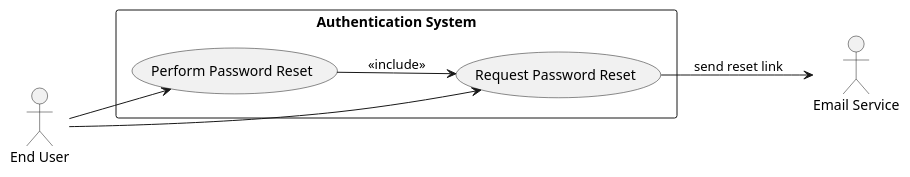
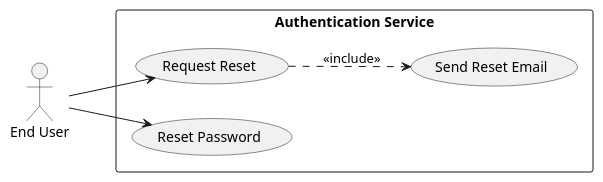
One commit to Bimmi-kumari-singh/Agent-testing changed the third of 7 diagrams in .propel/context/docs/spec.md. Above: the diagram before and after it, drawn with PlantUML. The commit also changed other lines of this file, not shown here.

````diff
--- a/.propel/context/docs/spec.md
+++ b/.propel/context/docs/spec.md
@@ -331,19 +322,17 @@
 ```plantuml
 @startuml
 left to right direction
 skinparam packageStyle rectangle
 
 actor "End User" as User
-actor "Email Service" as Email
-
-rectangle "Authentication System" {
-  usecase (Request Password Reset) as UC3
-  usecase (Perform Password Reset) as UC3b
+rectangle "Authentication Service" {
+  usecase (Request Reset) as RR
+  usecase (Send Reset Email) as SR
+  usecase (Reset Password) as RP
 }
 
-User --> UC3
-UC3 --> Email : send reset link
-User --> UC3b
-UC3b --> UC3 : <<include>>
+User --> RR
+RR ..> SR : <<include>>
+User --> RP
 @enduml
 ```
````
